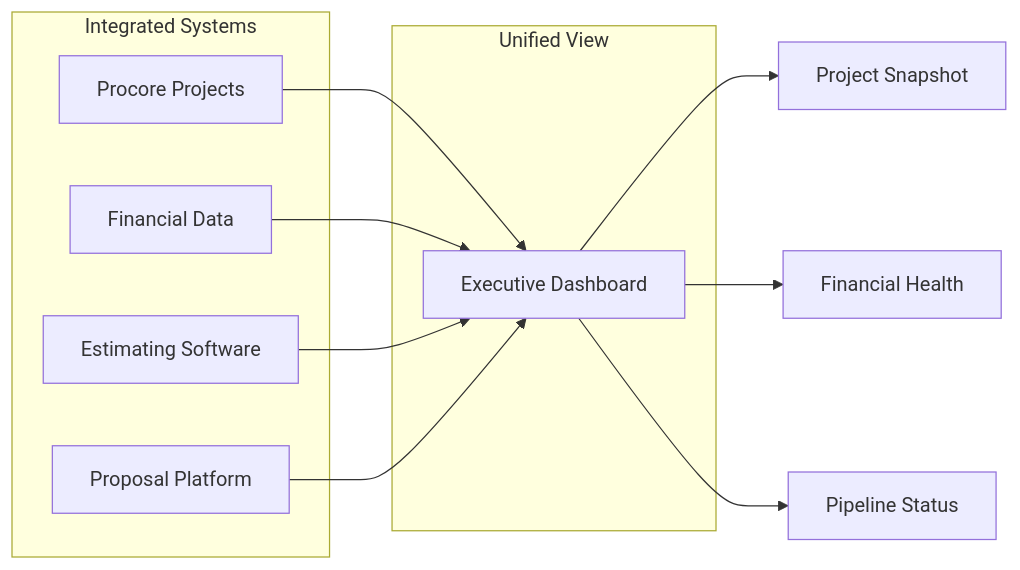
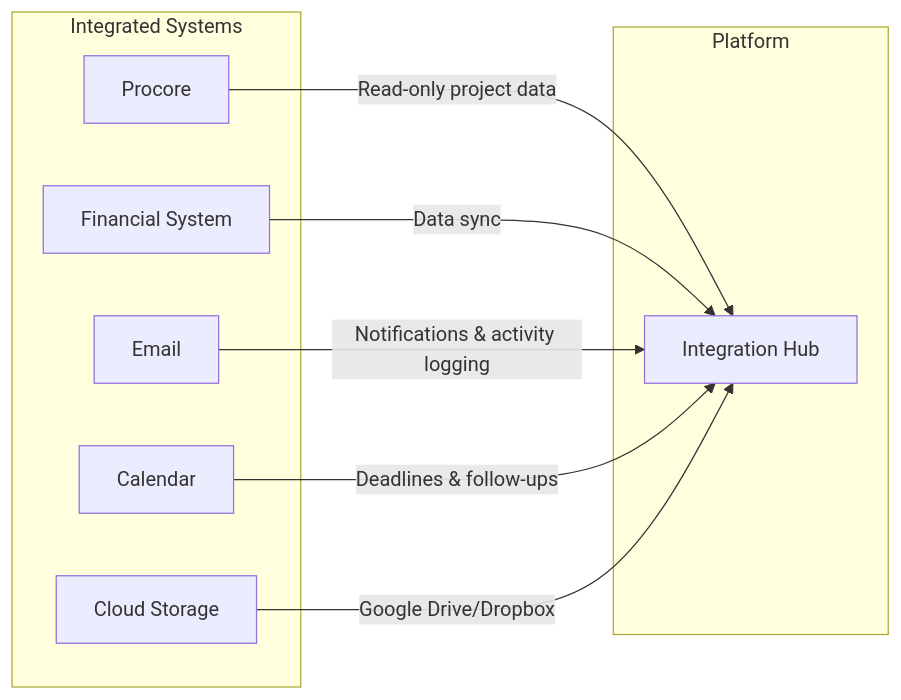
Diagram 11 of 15 in POC-Implementation-Plan.md (elikiedrowski/ECI_Site_Construction), drawn with Mermaid before and after one commit. The commit also changed other lines of this file and 1 other file, not shown here.

````diff
--- a/POC-Implementation-Plan.md
+++ b/POC-Implementation-Plan.md
@@ -1150,22 +461,20 @@
 ```mermaid
 graph LR
     subgraph "Integrated Systems"
-        P[Procore Projects]
-        F[Financial Data]
-        E[Estimating Software]
-        PP[Proposal Platform]
+        P[Procore]
+        F[Financial System]
+        E[Email]
+        C[Calendar]
+        S[Cloud Storage]
     end
-    
-    subgraph "Unified View"
-        D[Executive Dashboard]
+
+    subgraph "Platform"
+        Hub[Integration Hub]
     end
-    
-    P --> D
-    F --> D
-    E --> D
-    PP --> D
-    
-    D --> S1[Project Snapshot]
-    D --> S2[Financial Health]
-    D --> S3[Pipeline Status]
+
+    P -->|Read-only project data| Hub
+    F -->|Data sync| Hub
+    E -->|Notifications & activity logging| Hub
+    C -->|Deadlines & follow-ups| Hub
+    S -->|Google Drive/Dropbox| Hub
 ```
````
